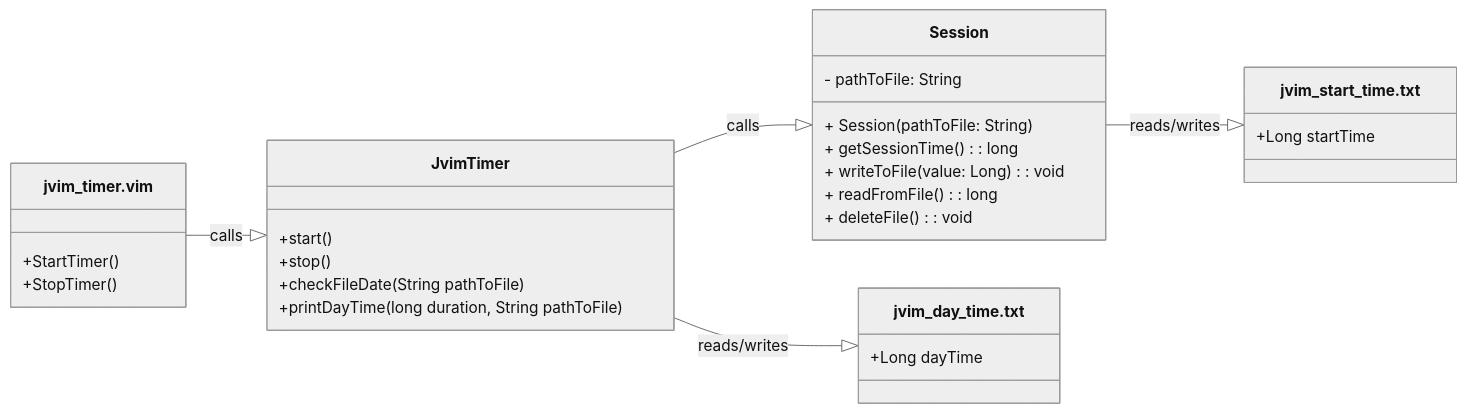
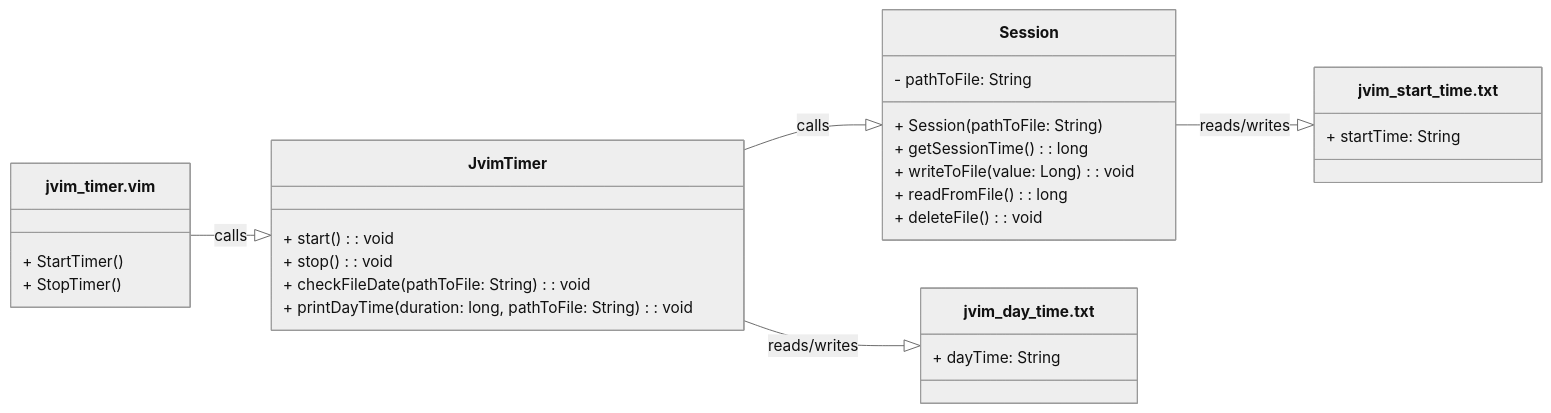
The second of 2 diagrams in jvim-timer/README.md (AlexandrAnatoliev/jvim-plugins), drawn with Mermaid (neutral theme) before and after one commit. The commit also changed other lines of this file, not shown here.

Commit message:
docs(jvim-timer): improve README
version 0.1.4

````diff
--- a/jvim-timer/README.md
+++ b/jvim-timer/README.md
@@ -210,38 +210,38 @@
 ```mermaid
 classDiagram
   direction LR
   
   class jvim_timer.vim {
-    +StartTimer()
-    +StopTimer()
+    + StartTimer()
+    + StopTimer()
   }
 
   class JvimTimer {
-    +start()
-    +stop()
-    +checkFileDate(String pathToFile)
-    +printDayTime(long duration, String pathToFile)
+    + start(): void
+    + stop(): void
+    + checkFileDate(pathToFile: String): void
+    + printDayTime(duration: long, pathToFile: String): void
   }
 
   class Session {
     - pathToFile: String
     + Session(pathToFile: String)
     + getSessionTime(): long
     + writeToFile(value: Long): void
     + readFromFile(): long
     + deleteFile(): void
   }
 
   class jvim_start_time.txt {
-    +Long startTime
+    + startTime: String 
   }
 
   class jvim_day_time.txt {
-    +Long dayTime
+    + dayTime: String
   }
 
   jvim_timer.vim --|> JvimTimer : calls
   JvimTimer --|> Session : calls
   Session --|> jvim_start_time.txt : reads/writes
   JvimTimer --|> jvim_day_time.txt : reads/writes
 ```
````
